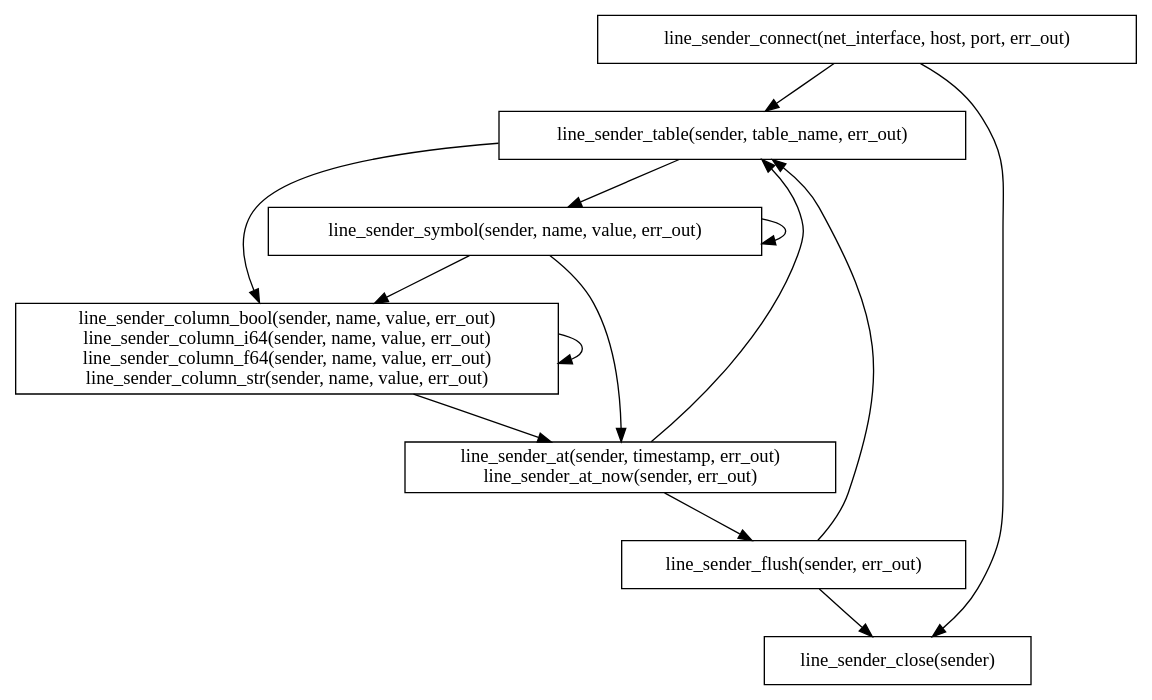
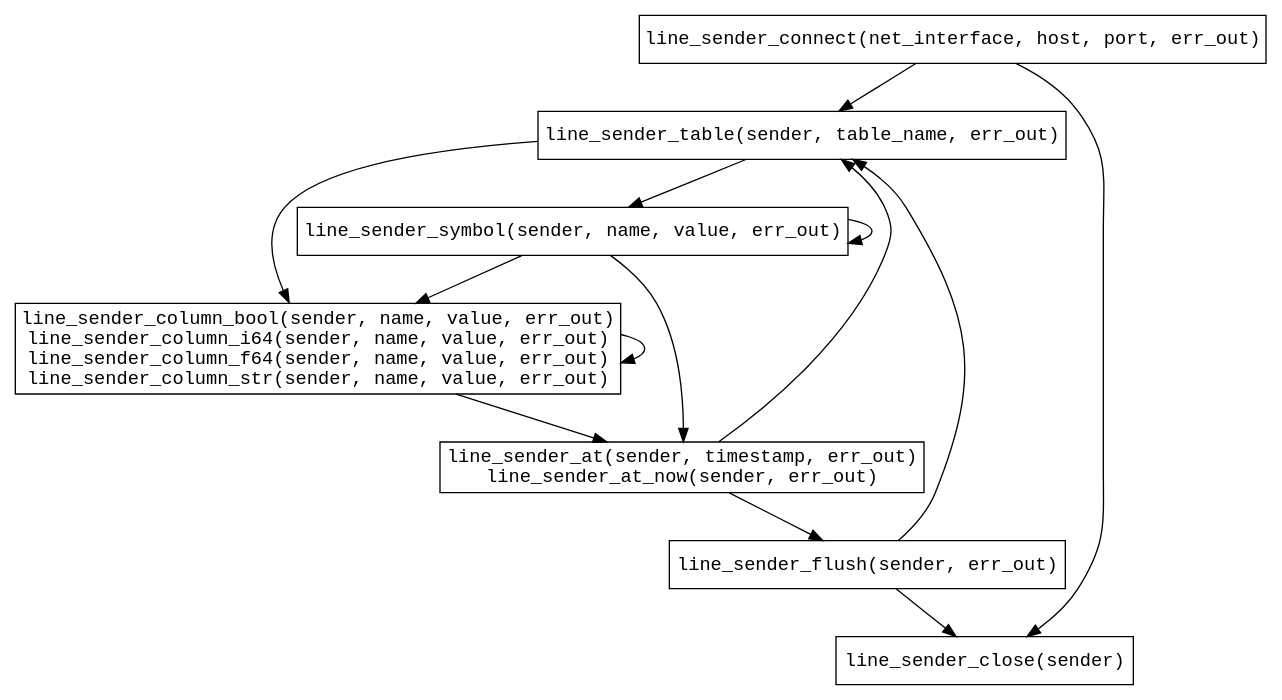
One commit to questdb/c-questdb-client changed the diagram in api_seq/c.dot. Above: the diagram before and after it, drawn with Graphviz. The commit also changed 9 other files, not shown here.

```diff
--- a/api_seq/c.dot
+++ b/api_seq/c.dot
@@ -1,32 +1,32 @@
 digraph line_sender_c_api {
 
-  node [shape=box];
+  node [shape=box, fontname=monospace];
 
   line_sender_connect -> line_sender_table;
   line_sender_connect -> line_sender_close;
   line_sender_table -> line_sender_symbol;
   line_sender_symbol -> line_sender_symbol;
   line_sender_symbol -> line_sender_column;
   line_sender_symbol -> line_sender_at;
   line_sender_table -> line_sender_column;
   line_sender_column -> line_sender_column;
   line_sender_column -> line_sender_at;
   line_sender_at -> line_sender_flush;
   line_sender_flush -> line_sender_close;
   line_sender_at -> line_sender_table;
   line_sender_flush -> line_sender_table;
   
   line_sender_connect [label="line_sender_connect(net_interface, host, port, err_out)"];
   line_sender_table [label="line_sender_table(sender, table_name, err_out)"];
   line_sender_symbol [label="line_sender_symbol(sender, name, value, err_out)"];
   line_sender_column [
       label="line_sender_column_bool(sender, name, value, err_out)
 line_sender_column_i64(sender, name, value, err_out)
 line_sender_column_f64(sender, name, value, err_out)
 line_sender_column_str(sender, name, value, err_out)"];
   line_sender_at [
       label="line_sender_at(sender, timestamp, err_out)
 line_sender_at_now(sender, err_out)"];
   line_sender_flush [label="line_sender_flush(sender, err_out)"];
   line_sender_close [label="line_sender_close(sender)"];
 }
```
